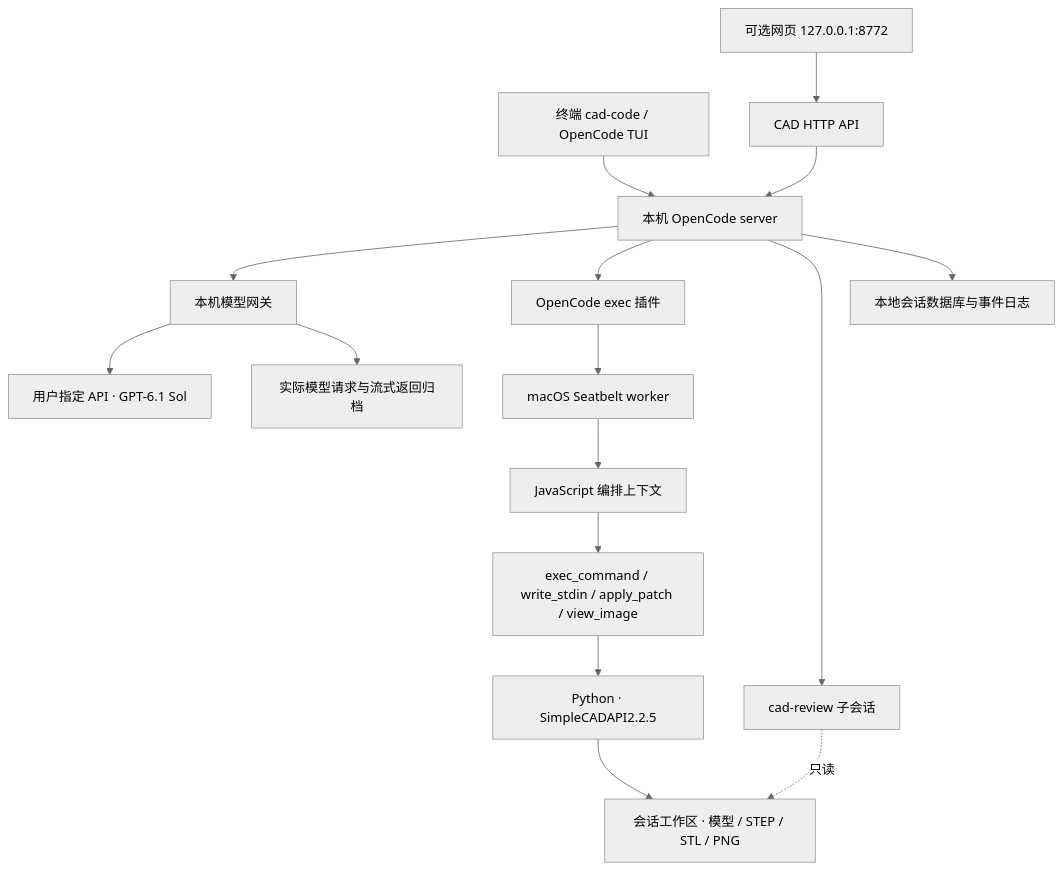
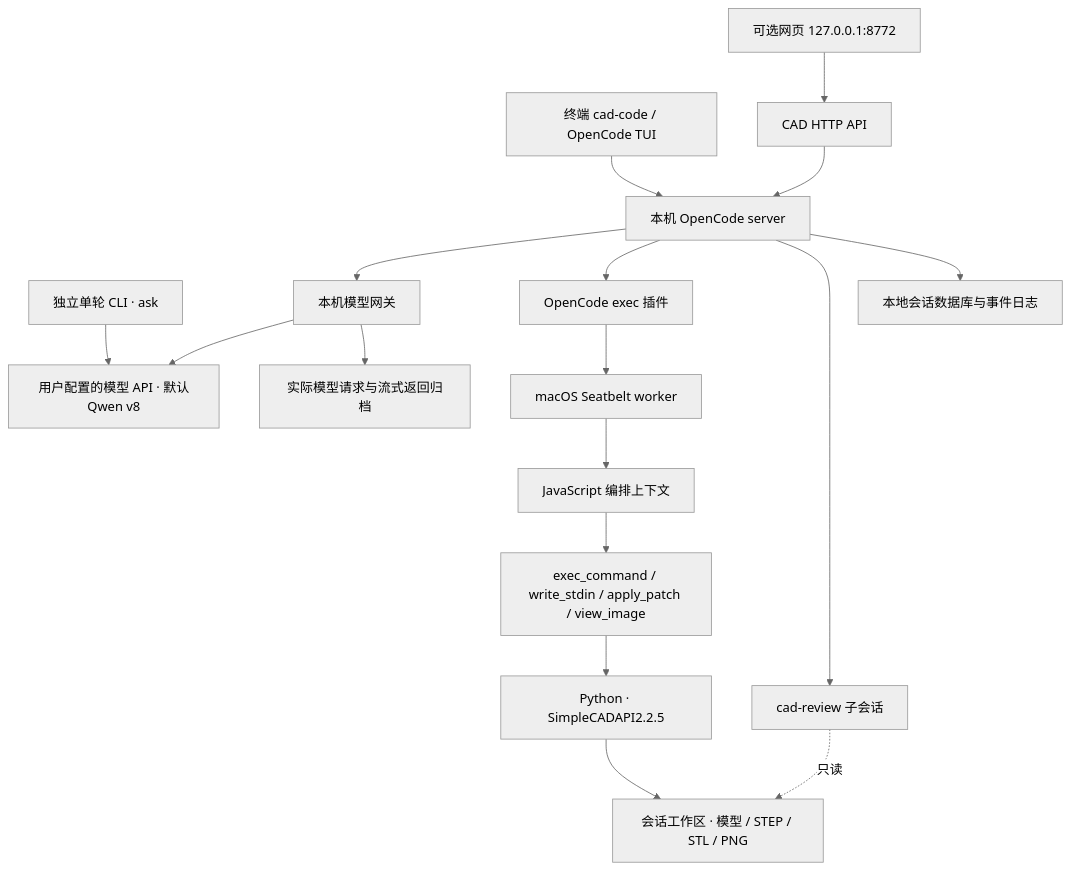
One commit to Yulia2233/cad-code changed the diagram in docs/implementation-report.md. Above: the diagram before and after it, drawn with Mermaid (neutral theme). The commit also changed other lines of this file and 2 other files, not shown here.

````diff
--- a/docs/implementation-report.md
+++ b/docs/implementation-report.md
@@ -27,18 +33,19 @@
 ```mermaid
 flowchart TD
+  ASK[独立单轮 CLI · ask] --> LLM
   CLI[终端 cad-code / OpenCode TUI] --> OC[本机 OpenCode server]
   WEB[可选网页 127.0.0.1:8772] --> API[CAD HTTP API]
   API --> OC
   OC --> GW[本机模型网关]
-  GW --> LLM[用户指定 API · GPT-6.1 Sol]
+  GW --> LLM[用户配置的模型 API · 默认Qwen v8]
   OC --> PL[OpenCode exec 插件]
   PL --> SB[macOS Seatbelt worker]
   SB --> JS[JavaScript 编排上下文]
   JS --> TOOLS[exec_command / write_stdin / apply_patch / view_image]
   TOOLS --> CAD[Python · SimpleCADAPI2.2.5]
   CAD --> OUT[会话工作区 · 模型 / STEP / STL / PNG]
   OC --> REVIEW[cad-review 子会话]
   REVIEW -.只读.-> OUT
   OC --> DB[本地会话数据库与事件日志]
   GW --> RAW[实际模型请求与流式返回归档]
 ```
````
